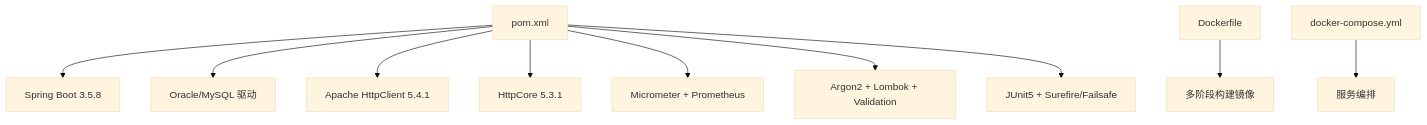
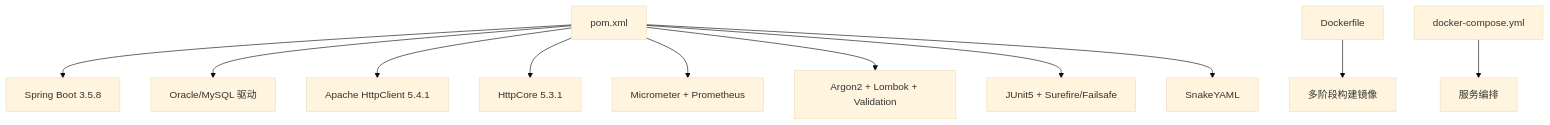
Before and after one commit to liuzh2008/med_ai_assistant_workspace: diagram 11 of 11 in .qoder/repowiki/zh/content/系统架构/后端架构更新.md, drawn with Mermaid (base theme). The commit also changed other lines of this file and 14 other files, not shown here.

````diff
--- a/.qoder/repowiki/zh/content/系统架构/后端架构更新.md
+++ b/.qoder/repowiki/zh/content/系统架构/后端架构更新.md
@@ -266,12 +374,13 @@
 ```mermaid
 graph TB
 POM["pom.xml"] --> SB["Spring Boot 3.5.8"]
 POM --> DB["Oracle/MySQL 驱动"]
 POM --> HTTP["Apache HttpClient 5.4.1"]
 POM --> HTTPCORE["HttpCore 5.3.1"]
 POM --> MON["Micrometer + Prometheus"]
 POM --> SEC["Argon2 + Lombok + Validation"]
 POM --> TEST["JUnit5 + Surefire/Failsafe"]
+POM --> YAML["SnakeYAML"]
 DOCK["Dockerfile"] --> IMG["多阶段构建镜像"]
 COMPOSE["docker-compose.yml"] --> SVC["服务编排"]
 ```
````
